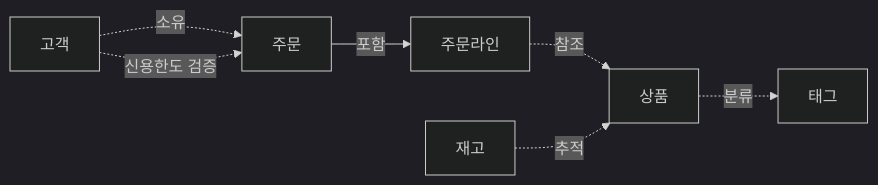
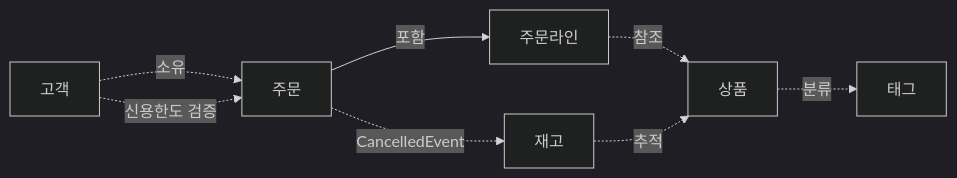
One commit to hhko/Functorium changed the second of 3 diagrams in Docs.Site/src/content/docs/samples/ecommerce-ddd/domain/00-business-requirements.md. Above: the diagram before and after it, drawn with Mermaid (dark theme). The commit also changed other lines of this file and 1 other file, not shown here.

First line of the commit message:
docs(ecommerce-ddd): 도메인 이벤트 기반 비즈니스 흐름 다이어그램 보강

````diff
--- a/Docs.Site/src/content/docs/samples/ecommerce-ddd/domain/00-business-requirements.md
+++ b/Docs.Site/src/content/docs/samples/ecommerce-ddd/domain/00-business-requirements.md
@@ -130,17 +132,18 @@
 ```mermaid
 flowchart LR
     Customer["고객"]
     Order["주문"]
     OrderLine["주문라인"]
     Product["상품"]
     Tag["태그"]
     Inventory["재고"]
 
     Customer -. "소유" .-> Order
     Order -- "포함" --> OrderLine
     OrderLine -. "참조" .-> Product
     Product -. "분류" .-> Tag
     Inventory -. "추적" .-> Product
 
     Customer -. "신용한도 검증" .-> Order
+    Order -. "CancelledEvent" .-> Inventory
 ```
````
